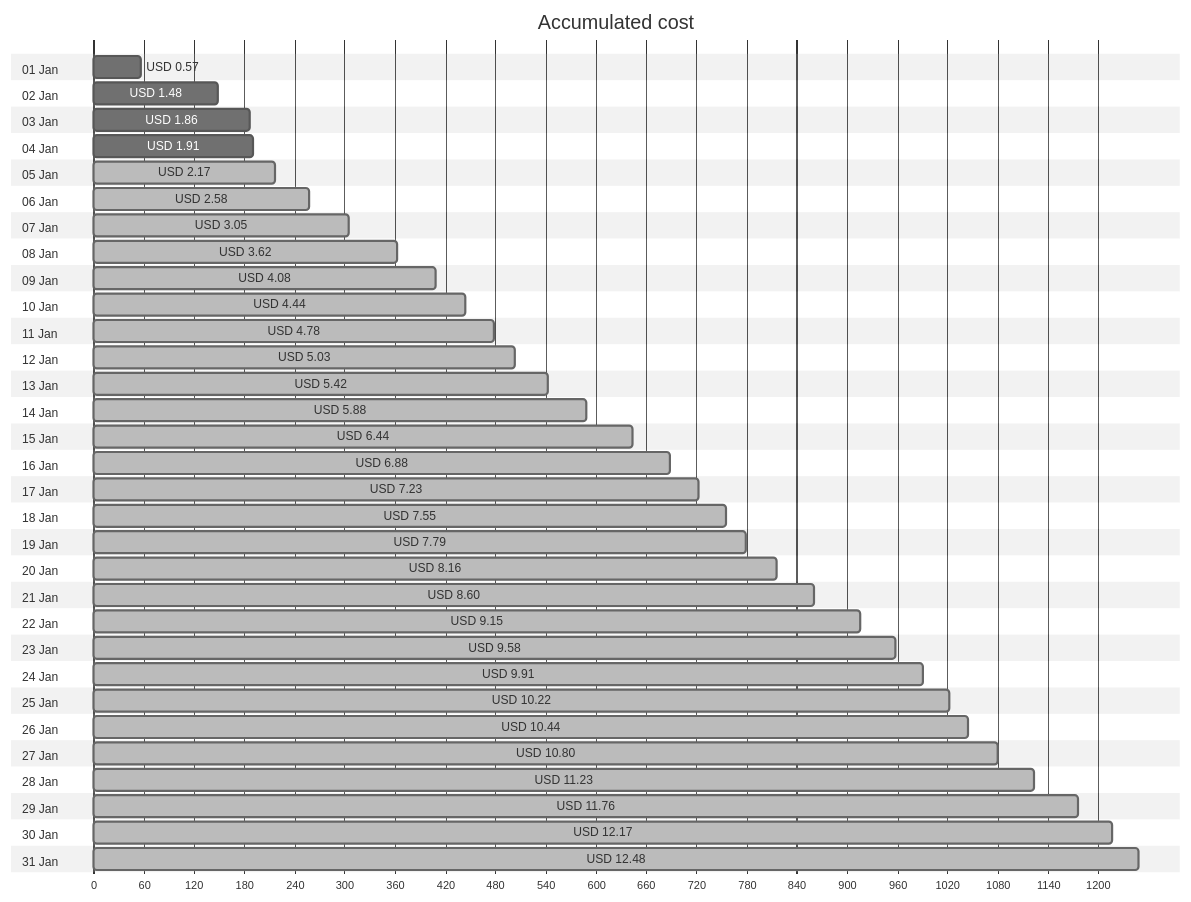
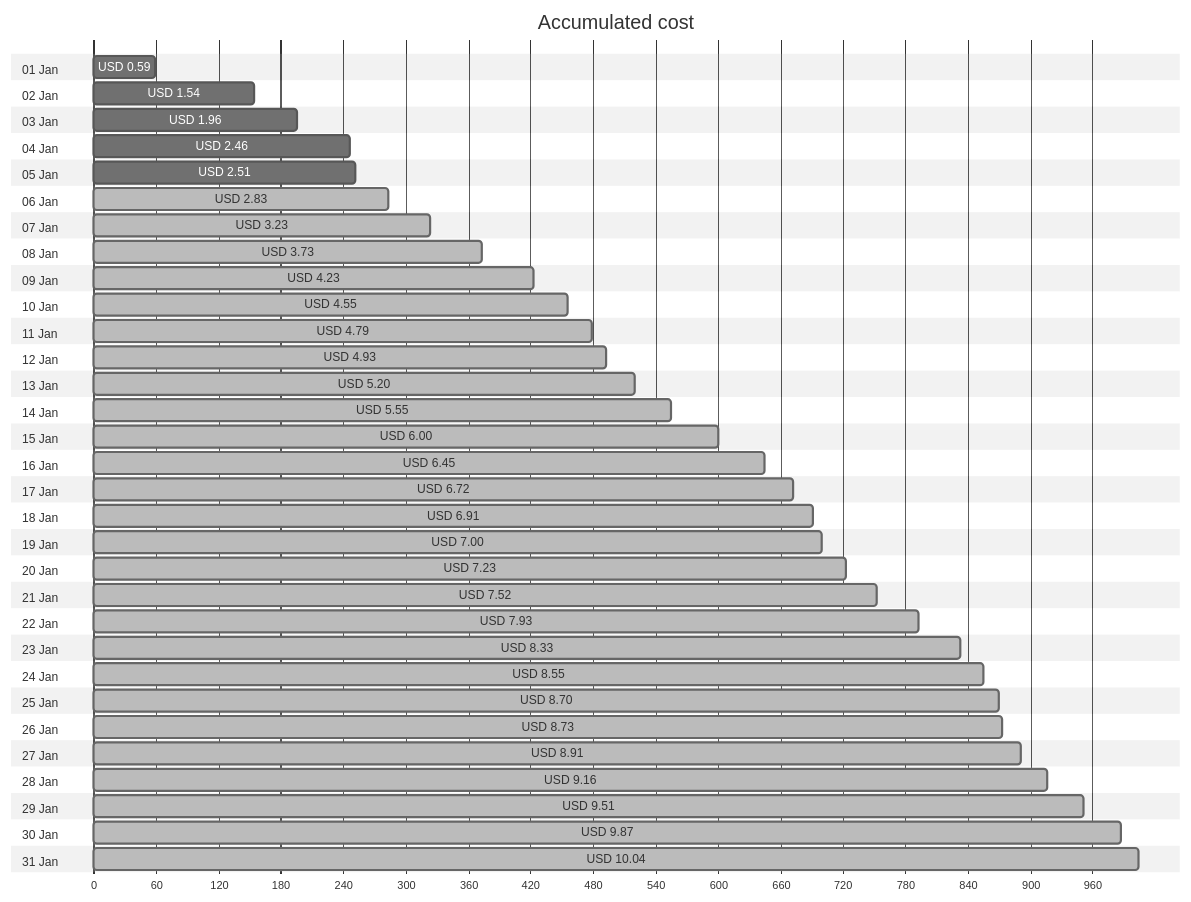
Before and after one commit to jpfulton/azure-personal-reports: the first of 4 diagrams in cost-reports/personal-network/vpn-server.md, drawn with Mermaid (neutral theme). The commit also changed other lines of this file and 8 other files, not shown here.

````diff
--- a/cost-reports/personal-network/vpn-server.md
+++ b/cost-reports/personal-network/vpn-server.md
@@ -20,68 +20,68 @@
 ```mermaid
 gantt
    title Accumulated cost
    dateFormat  X
    axisFormat %s
    section 01 Jan
-   USD 0.57 :0, 57
+   USD 0.59 :0, 59
    section 02 Jan
-   USD 1.48 :0, 148
+   USD 1.54 :0, 154
    section 03 Jan
-   USD 1.86 :0, 186
+   USD 1.96 :0, 196
    section 04 Jan
-   USD 1.91 :0, 191
+   USD 2.46 :0, 246
    section 05 Jan
-   USD 2.17 : done, 0, 217
+   USD 2.51 :0, 251
    section 06 Jan
-   USD 2.58 : done, 0, 258
+   USD 2.83 : done, 0, 283
    section 07 Jan
-   USD 3.05 : done, 0, 305
+   USD 3.23 : done, 0, 323
    section 08 Jan
-   USD 3.62 : done, 0, 362
+   USD 3.73 : done, 0, 373
    section 09 Jan
-   USD 4.08 : done, 0, 408
+   USD 4.23 : done, 0, 423
    section 10 Jan
-   USD 4.44 : done, 0, 444
+   USD 4.55 : done, 0, 455
    section 11 Jan
-   USD 4.78 : done, 0, 478
+   USD 4.79 : done, 0, 479
    section 12 Jan
-   USD 5.03 : done, 0, 503
+   USD 4.93 : done, 0, 493
    section 13 Jan
-   USD 5.42 : done, 0, 542
+   USD 5.20 : done, 0, 520
    section 14 Jan
-   USD 5.88 : done, 0, 588
+   USD 5.55 : done, 0, 555
    section 15 Jan
-   USD 6.44 : done, 0, 644
+   USD 6.00 : done, 0, 600
    section 16 Jan
-   USD 6.88 : done, 0, 688
+   USD 6.45 : done, 0, 645
    section 17 Jan
+   USD 6.72 : done, 0, 672
+   section 18 Jan
+   USD 6.91 : done, 0, 691
+   section 19 Jan
+   USD 7.00 : done, 0, 700
+   section 20 Jan
    USD 7.23 : done, 0, 723
-   section 18 Jan
-   USD 7.55 : done, 0, 755
-   section 19 Jan
-   USD 7.79 : done, 0, 779
-   section 20 Jan
-   USD 8.16 : done, 0, 816
    section 21 Jan
-   USD 8.60 : done, 0, 860
+   USD 7.52 : done, 0, 752
    section 22 Jan
-   USD 9.15 : done, 0, 915
+   USD 7.93 : done, 0, 793
    section 23 Jan
-   USD 9.58 : done, 0, 958
+   USD 8.33 : done, 0, 833
    section 24 Jan
-   USD 9.91 : done, 0, 991
+   USD 8.55 : done, 0, 855
    section 25 Jan
-   USD 10.22 : done, 0, 1022
+   USD 8.70 : done, 0, 870
    section 26 Jan
-   USD 10.44 : done, 0, 1044
+   USD 8.73 : done, 0, 873
    section 27 Jan
-   USD 10.80 : done, 0, 1080
+   USD 8.91 : done, 0, 891
    section 28 Jan
-   USD 11.23 : done, 0, 1123
+   USD 9.16 : done, 0, 916
    section 29 Jan
-   USD 11.76 : done, 0, 1176
+   USD 9.51 : done, 0, 951
    section 30 Jan
-   USD 12.17 : done, 0, 1217
+   USD 9.87 : done, 0, 987
    section 31 Jan
-   USD 12.48 : done, 0, 1248
+   USD 10.04 : done, 0, 1004
 ```
````
